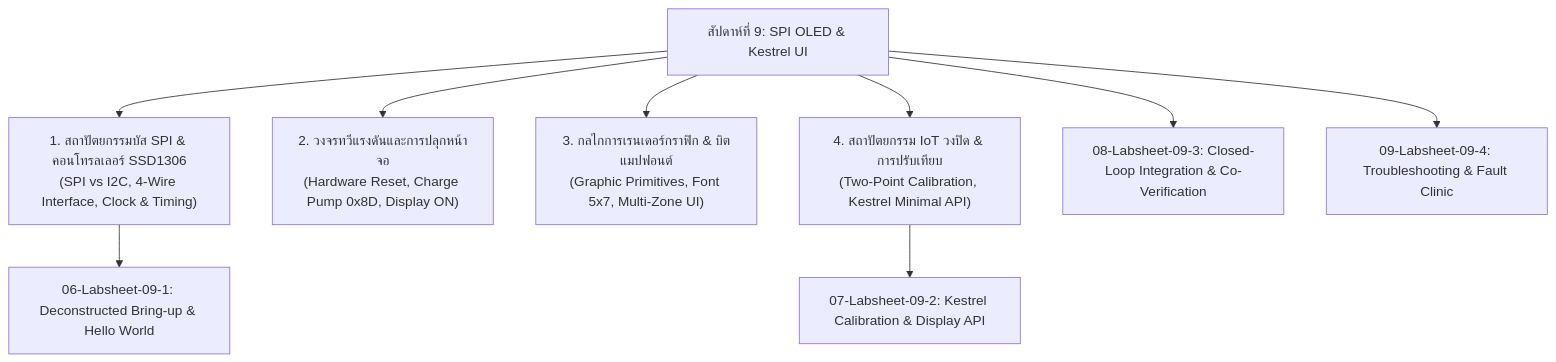
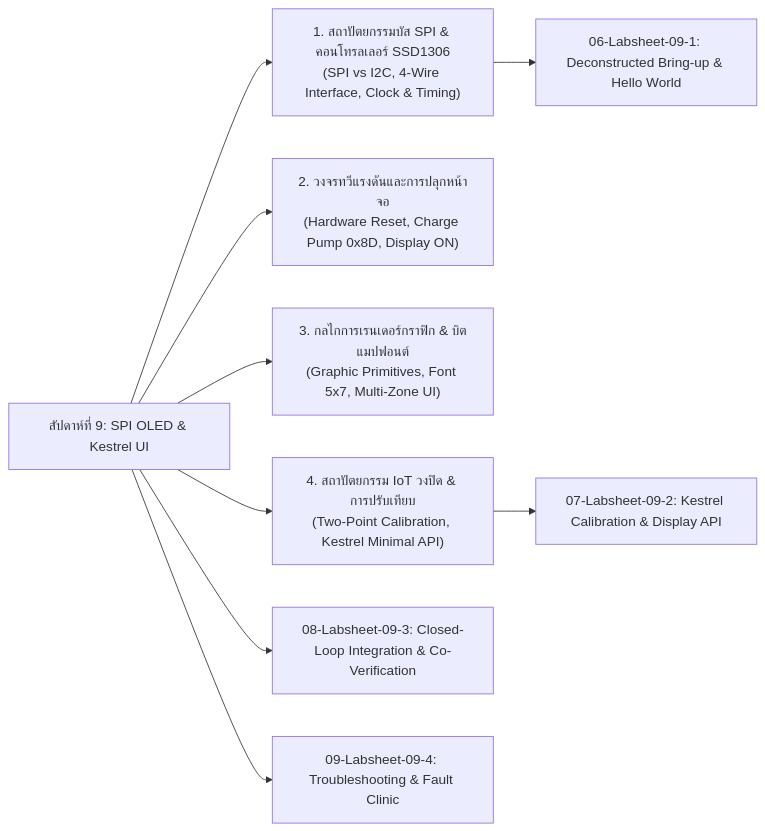
Before and after one commit to 016Rusneeda/Week-09-SPI-OLED-and-Kestrel-UI: the diagram in Readme.md, drawn with Mermaid. The commit also changed other lines of this file and 9 other files, not shown here.

````diff
--- a/Readme.md
+++ b/Readme.md
@@ -20,12 +20,12 @@
 ```mermaid
-flowchart TD
+flowchart LR
     A["สัปดาห์ที่ 9: SPI OLED & Kestrel UI"] --> B["1. สถาปัตยกรรมบัส SPI & คอนโทรลเลอร์ SSD1306<br/>(SPI vs I2C, 4-Wire Interface, Clock & Timing)"]
     A --> C["2. วงจรทวีแรงดันและการปลุกหน้าจอ<br/>(Hardware Reset, Charge Pump 0x8D, Display ON)"]
     A --> D["3. กลไกการเรนเดอร์กราฟิก & บิตแมปฟอนต์<br/>(Graphic Primitives, Font 5x7, Multi-Zone UI)"]
     A --> E["4. สถาปัตยกรรม IoT วงปิด & การปรับเทียบ<br/>(Two-Point Calibration, Kestrel Minimal API)"]
 
     B --> F["06-Labsheet-09-1: Deconstructed Bring-up & Hello World"]
     E --> G["07-Labsheet-09-2: Kestrel Calibration & Display API"]
     A --> H["08-Labsheet-09-3: Closed-Loop Integration & Co-Verification"]
     A --> I["09-Labsheet-09-4: Troubleshooting & Fault Clinic"]
 ```
````
